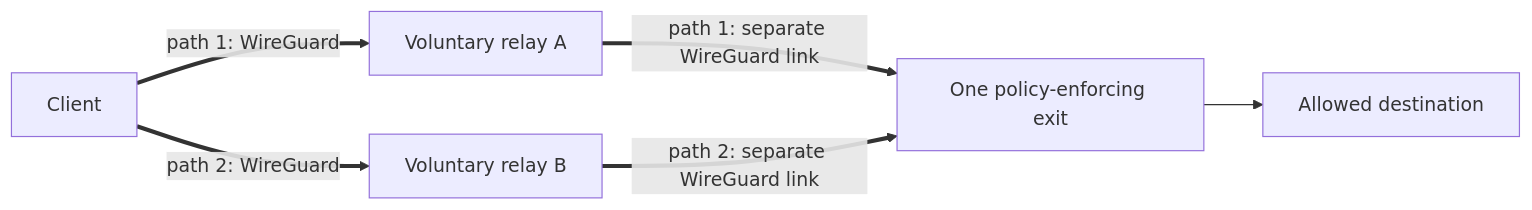
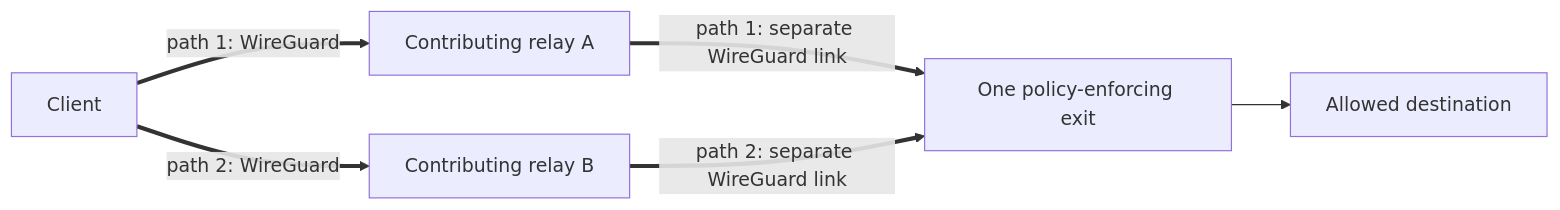
The diagram in README.md (VOLPAROSSA/volparossa), drawn with Mermaid before and after one commit. The commit also changed other lines of this file and 1 other file, not shown here.

````diff
--- a/README.md
+++ b/README.md
@@ -12,14 +13,14 @@
 ```mermaid
 flowchart LR
     C[Client]
-    R1[Voluntary relay A]
-    R2[Voluntary relay B]
+    R1[Contributing relay A]
+    R2[Contributing relay B]
     E[One policy-enforcing exit]
     D[Allowed destination]
 
     C == path 1: WireGuard ==> R1
     R1 == path 1: separate WireGuard link ==> E
     C == path 2: WireGuard ==> R2
     R2 == path 2: separate WireGuard link ==> E
     E --> D
 ```
````
